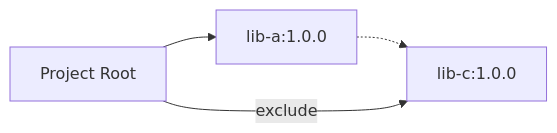
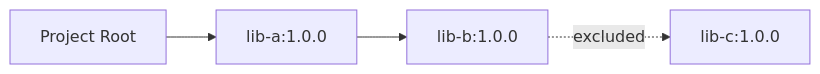
Before and after one commit to JavaDependencyHell/fieldguide: the diagram in demos/gradle-demo/scenario-5-exclusions/guide.qmd, drawn with Mermaid. The commit also changed other lines of this file and 208 other files, not shown here.

````diff
--- a/demos/gradle-demo/scenario-5-exclusions/guide.qmd
+++ b/demos/gradle-demo/scenario-5-exclusions/guide.qmd
@@ -19,7 +20,7 @@
 ```{mermaid}
 %%| fig-width: 4.4
 graph LR
     Root[Project Root] --> LibA[lib-a:1.0.0]
-    LibA -.-> LibC[lib-c:1.0.0]
-    Root -- exclude --> LibC
+    LibA --> LibB[lib-b:1.0.0]
+    LibB -.->|excluded| LibC[lib-c:1.0.0]
 ```
````
